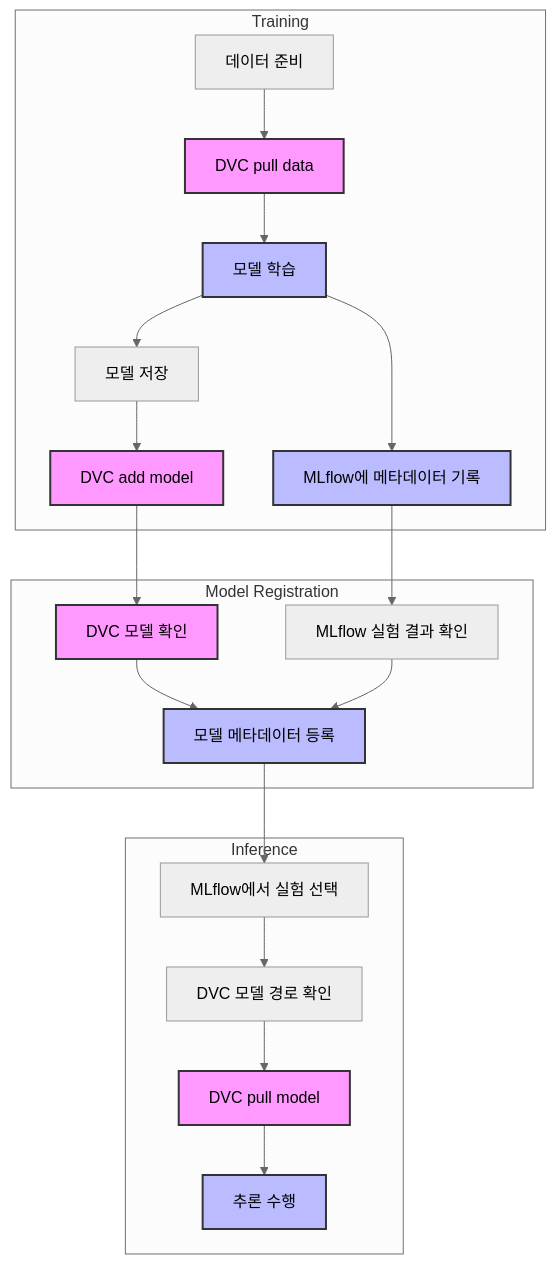
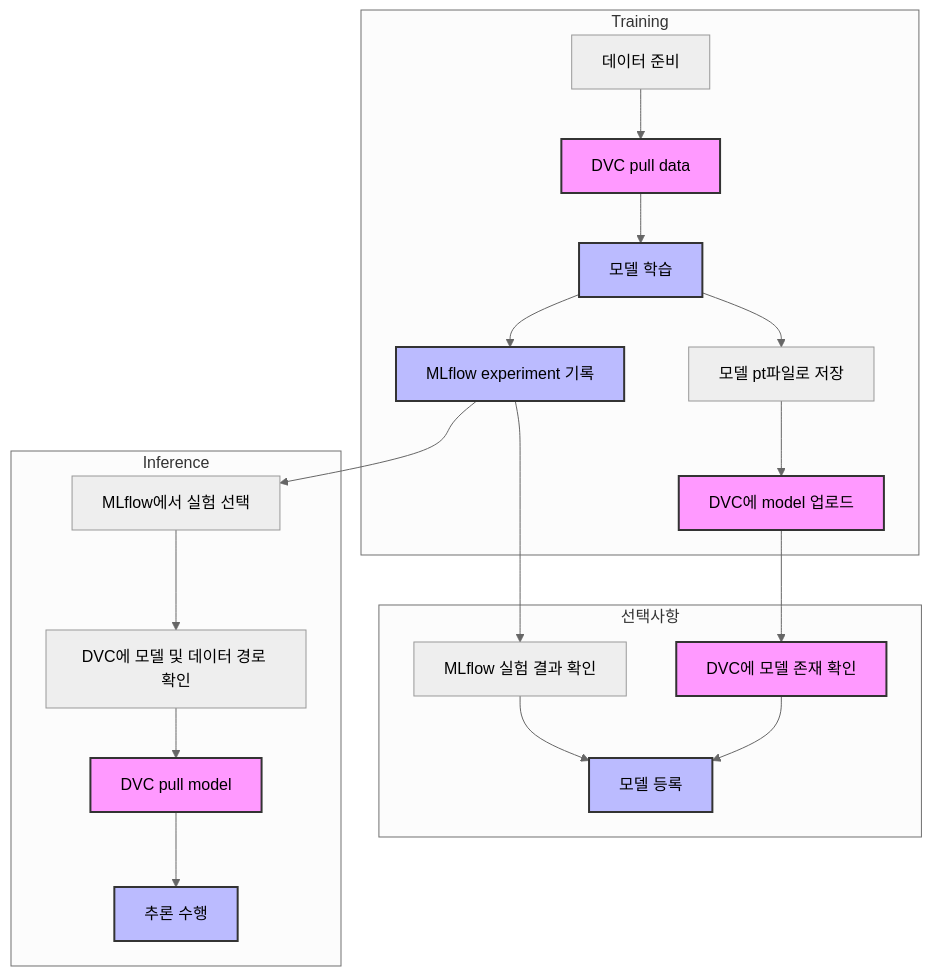
Before and after one commit to teri0411/data-versioning-with-mlflow: the diagram in dvc-test/README.md, drawn with Mermaid (neutral theme). The commit also changed other lines of this file and 11 other files, not shown here.

````diff
--- a/dvc-test/README.md
+++ b/dvc-test/README.md
@@ -15,29 +15,29 @@
 ```mermaid
 graph TD
     subgraph Training
         A[데이터 준비] --> B[DVC pull data]
         B --> C[모델 학습]
-        C --> D[모델 저장]
-        D --> E[DVC add model]
-        C --> F[MLflow에 메타데이터 기록]
+        C --> D[모델 pt파일로 저장]
+        D --> E[DVC에 model 업로드]
+        C --> F[MLflow experiment 기록]
     end
 
-    subgraph Model Registration
-        E --> G[DVC 모델 확인]
+    subgraph Model Registration [선택사항]
+        E --> G[DVC에 모델 존재 확인]
         F --> H[MLflow 실험 결과 확인]
-        G --> I[모델 메타데이터 등록]
+        G --> I[모델 등록]
         H --> I
     end
 
     subgraph Inference
-        I --> J[MLflow에서 실험 선택]
-        J --> K[DVC 모델 경로 확인]
+        F --> J[MLflow에서 실험 선택]
+        J --> K[DVC에 모델 및 데이터 경로 확인]
         K --> L[DVC pull model]
         L --> M[추론 수행]
     end
 
     classDef storage fill:#f9f,stroke:#333,stroke-width:2px
     classDef process fill:#bbf,stroke:#333,stroke-width:2px
     class B,E,G,L storage
     class C,F,I,M process
 ```
````
